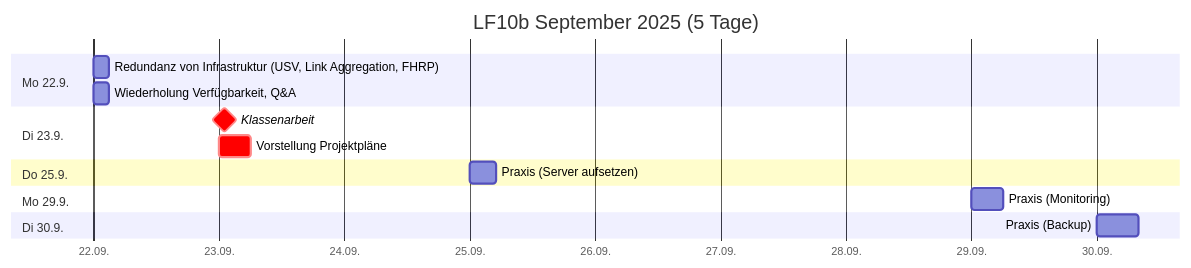
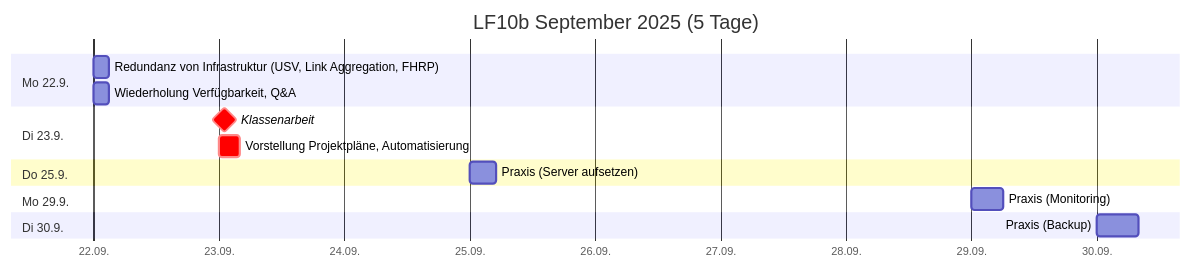
The second of 3 diagrams in src/plan.md (johannesloetzsch/LF10b), drawn with Mermaid before and after one commit. The commit also changed other lines of this file and 5 other files, not shown here.

````diff
--- a/src/plan.md
+++ b/src/plan.md
@@ -30,18 +30,18 @@
 ```mermaid
 gantt
  title LF10b September 2025 (5 Tage)
  dateFormat YYYY-MM-DD
  axisFormat %d.%m.
  section Mo 22.9.
   Redundanz von Infrastruktur (USV, Link Aggregation, FHRP) :2025-09-22, 3h
   Wiederholung Verfügbarkeit, Q&A  :2025-09-22, 3h
  section Di 23.9.
   Klassenarbeit                 :crit, milestone, 2025-09-23, 2h
-  Vorstellung Projektpläne      :crit, 2025-09-23, 6h
+  Vorstellung Projektpläne, Automatisierung :crit, 2025-09-23, 4h
  section Do 25.9.
   Praxis (Server aufsetzen)     :2025-09-25, 5h
  section Mo 29.9.
   Praxis (Monitoring)           :2025-09-29, 6h
  section Di 30.9.
   Praxis (Backup)               :2025-09-30, 8h
 ```
````
